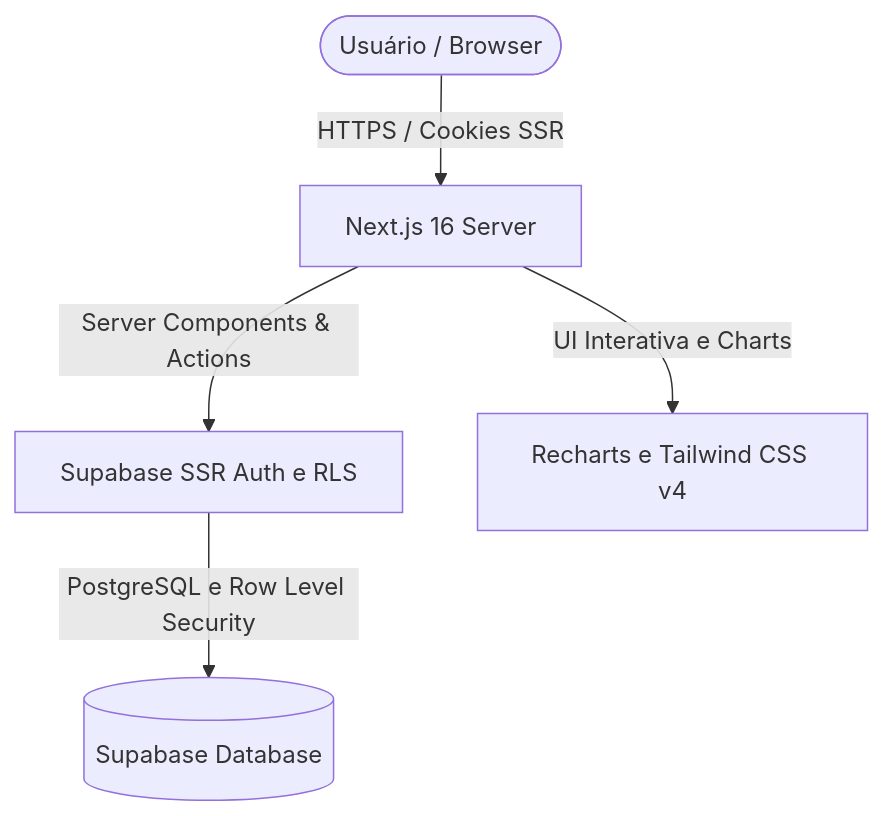
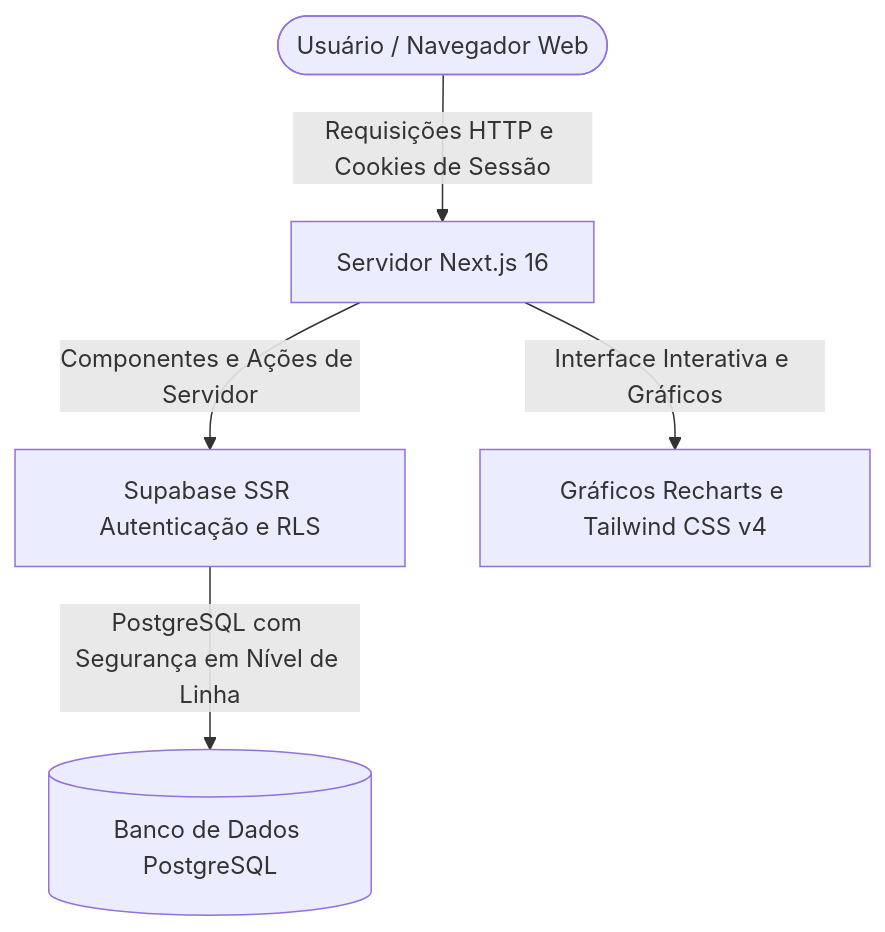
One commit to Guilherme-Sousaf/app-orcamento-pessoal changed the diagram in README.md. Above: the diagram before and after it, drawn with Mermaid. The commit also changed other lines of this file, not shown here.

````diff
--- a/README.md
+++ b/README.md
@@ -33,7 +36,7 @@
 ```mermaid
 graph TD
-    Client([Usuário / Browser]) -- HTTPS / Cookies SSR --> NextServer[Next.js 16 Server]
-    NextServer -- Server Components & Actions --> SupabaseSSR[Supabase SSR Auth e RLS]
-    SupabaseSSR -- PostgreSQL e Row Level Security --> Postgres[(Supabase Database)]
-    NextServer -- UI Interativa e Charts --> UI[Recharts e Tailwind CSS v4]
+    Cliente([Usuário / Navegador Web]) -- Requisições HTTP e Cookies de Sessão --> ServidorNext[Servidor Next.js 16]
+    ServidorNext -- Componentes e Ações de Servidor --> ModuloSupabase[Supabase SSR Autenticação e RLS]
+    ModuloSupabase -- PostgreSQL com Segurança em Nível de Linha --> BancoSupabase[(Banco de Dados PostgreSQL)]
+    ServidorNext -- Interface Interativa e Gráficos --> InterfaceUsuario[Gráficos Recharts e Tailwind CSS v4]
 ```
````
